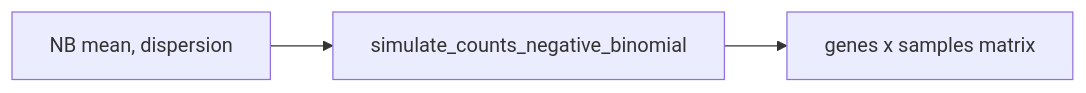
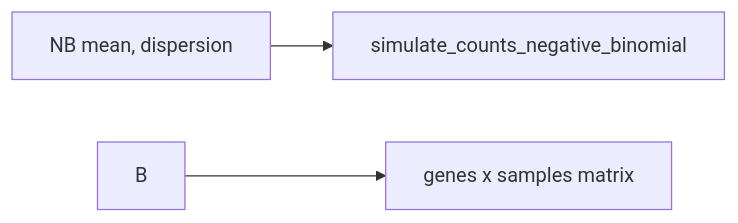
The diagram in docs/simulation/rna_counts.md (docxology/MetaInformAnt), drawn with Mermaid before and after one commit. The commit also changed 611 other files, not shown here.

````diff
--- a/docs/simulation/rna_counts.md
+++ b/docs/simulation/rna_counts.md
@@ -5,5 +5,5 @@
 ```mermaid
 flowchart LR
-  A[NB mean, dispersion] --> B[simulate_counts_negative_binomial]
-  B --> C[genes x samples matrix]
+  AnbMean,Dispersion[NB mean, dispersion] --> BsimulateCountsNegativeBinomial[simulate_counts_negative_binomial]
+  B --> CgenesXSamplesMatrix[genes x samples matrix]
 ```
````
